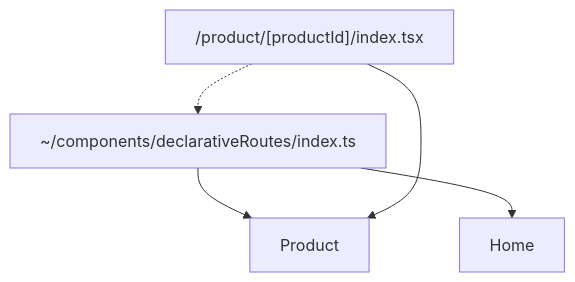
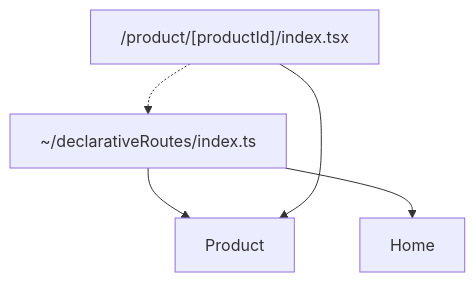
Before and after one commit to ProNextJS/declarative-routing: the second of 3 diagrams in docs/qwikcity.md, drawn with Mermaid. The commit also changed other lines of this file and 45 other files, not shown here.

````diff
--- a/docs/qwikcity.md
+++ b/docs/qwikcity.md
@@ -112,9 +112,9 @@
 ```mermaid
 graph TD;
     paramRoute["/product/[productId]/index.tsx"]
-    indexRoute["~/components/declarativeRoutes/index.ts"]
+    indexRoute["~/declarativeRoutes/index.ts"]
     indexRoute-->Home;
     indexRoute-->Product;
     paramRoute-->Product;
     paramRoute-.->indexRoute;
 ```
````
